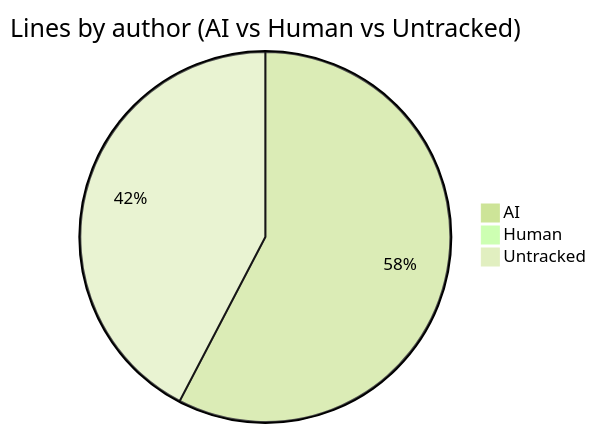
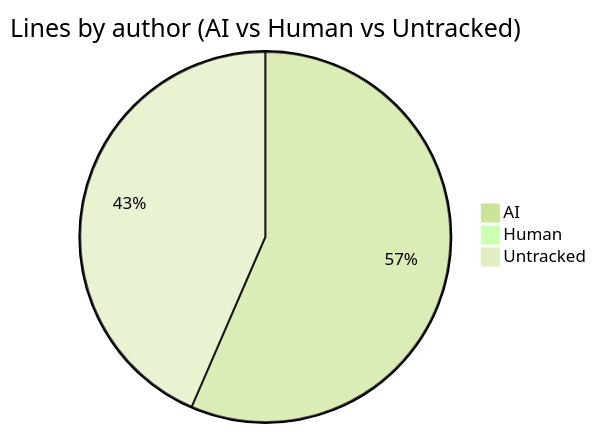
One commit to CaliMark/ai-authorship changed the first of 2 diagrams in AI-AUTHORSHIP.md. Above: the diagram before and after it, drawn with Mermaid (forest theme). The commit also changed other lines of this file and 2 other files, not shown here.

Commit message:
feat: add per-agent breakdown pie chart to report composition

````diff
--- a/AI-AUTHORSHIP.md
+++ b/AI-AUTHORSHIP.md
@@ -19,6 +19,6 @@
 ```mermaid
 pie title Lines by author (AI vs Human vs Untracked)
-    "AI" : 2029
+    "AI" : 2026
     "Human" : 0
-    "Untracked" : 1490
+    "Untracked" : 1559
 ```
````
